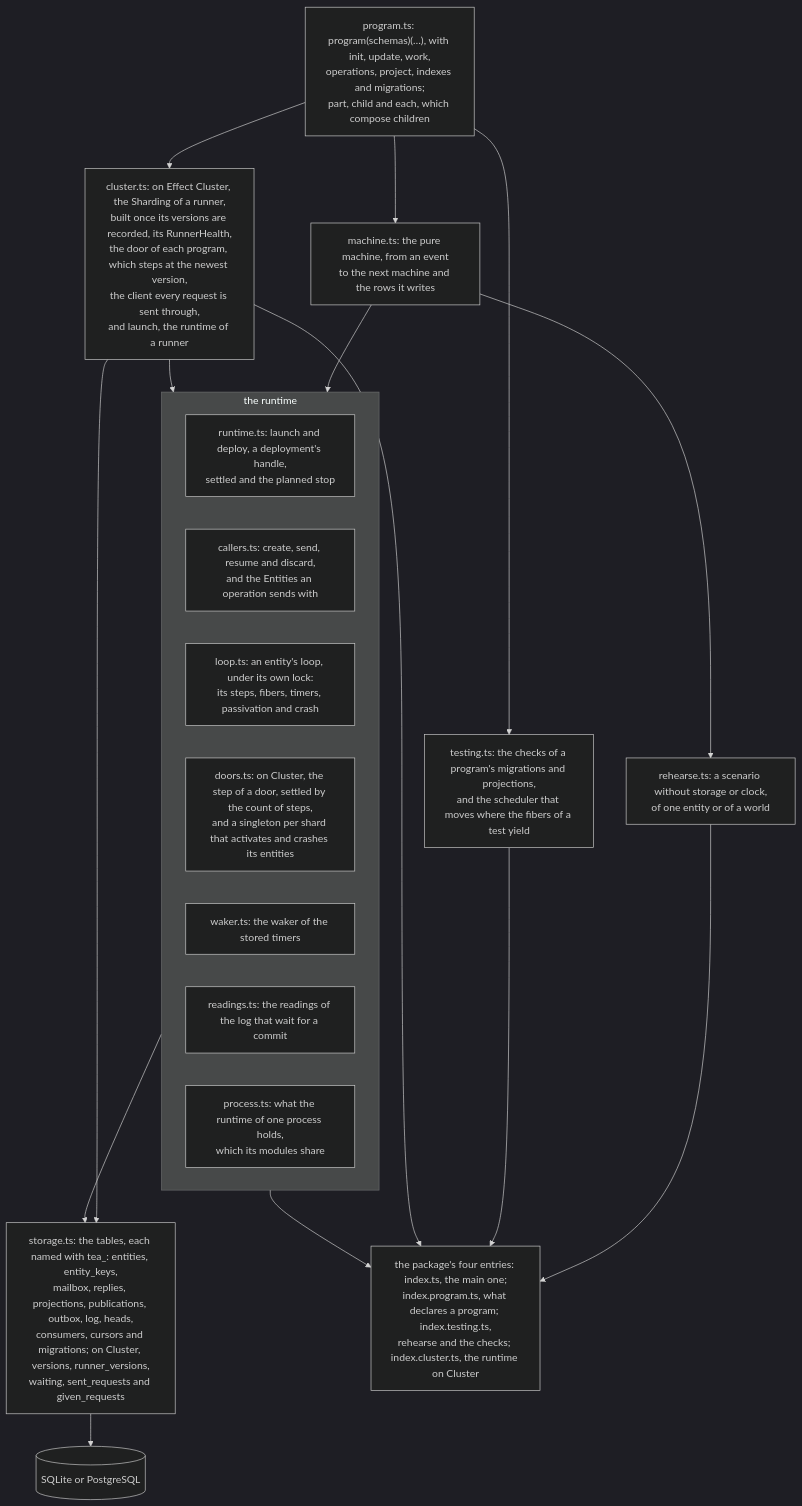
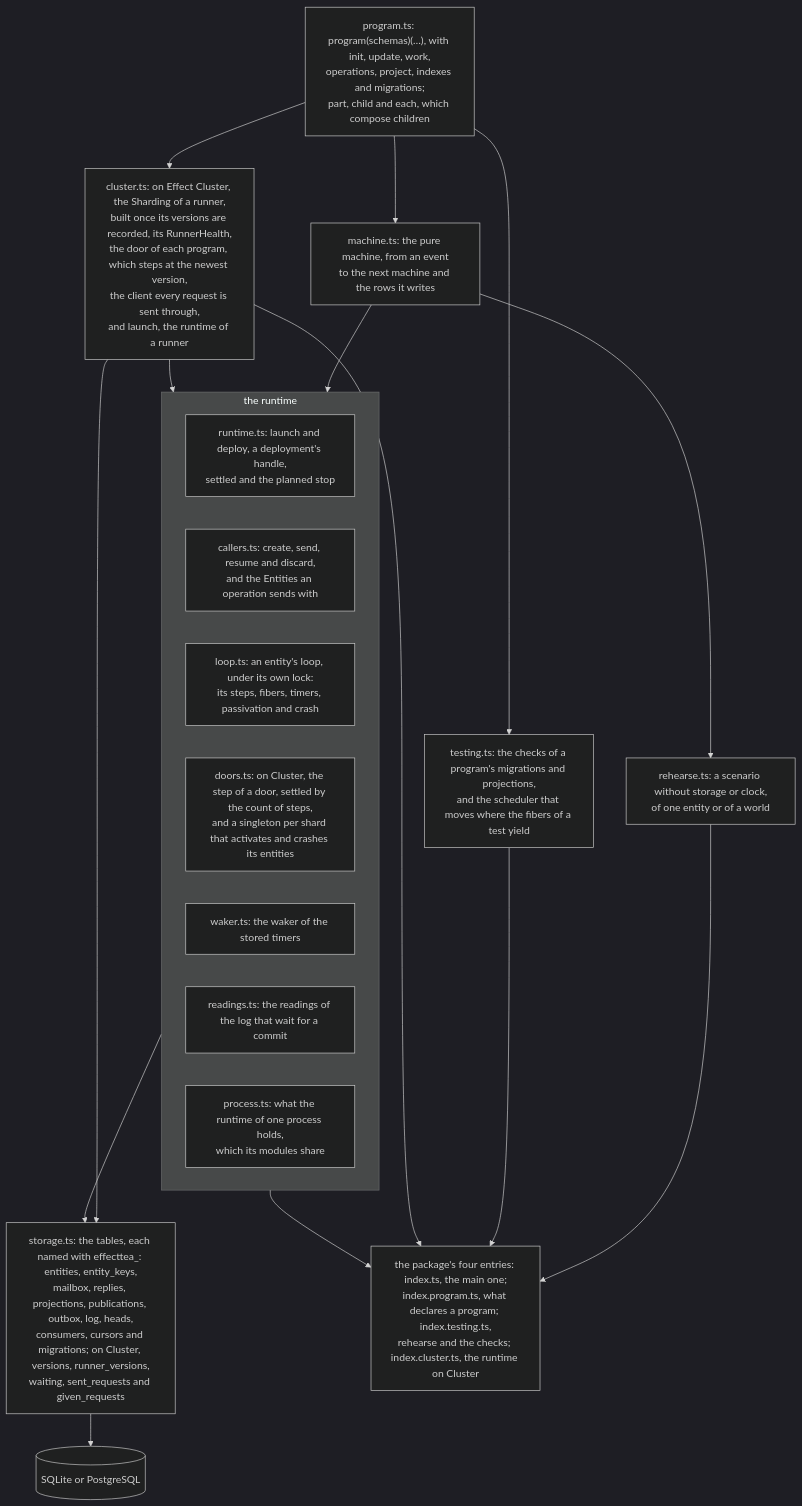
One commit to fgaudo/effect-tea-durable changed the diagram in CONTRIBUTING.md. Above: the diagram before and after it, drawn with Mermaid (dark theme). The commit also changed 21 other files, not shown here.

Commit message:
storage: name the tables with effecttea_, and die on a name taken

````diff
--- a/CONTRIBUTING.md
+++ b/CONTRIBUTING.md
@@ -61,34 +61,34 @@
 ```mermaid
 flowchart TB
   program["program.ts: program(schemas)(…), with init, update, work,<br/>operations, project, indexes and migrations;<br/>part, child and each, which compose children"]
   machine["machine.ts: the pure machine, from an event<br/>to the next machine and the rows it writes"]
   rehearse["rehearse.ts: a scenario without storage or clock,<br/>of one entity or of a world"]
   testing["testing.ts: the checks of a program's migrations and projections,<br/>and the scheduler that moves where the fibers of a test yield"]
   subgraph runtime["the runtime"]
     launch["runtime.ts: launch and deploy, a deployment's handle,<br/>settled and the planned stop"]
     callers["callers.ts: create, send, resume and discard,<br/>and the Entities an operation sends with"]
     loop["loop.ts: an entity's loop, under its own lock:<br/>its steps, fibers, timers, passivation and crash"]
     doors["doors.ts: on Cluster, the step of a door, settled by the count of steps,<br/>and a singleton per shard that activates and crashes its entities"]
     waker["waker.ts: the waker of the stored timers"]
     readings["readings.ts: the readings of the log that wait for a commit"]
     process["process.ts: what the runtime of one process holds,<br/>which its modules share"]
   end
   cluster["cluster.ts: on Effect Cluster, the Sharding of a runner,<br/>built once its versions are recorded, its RunnerHealth,<br/>the door of each program, which steps at the newest version,<br/>the client every request is sent through,<br/>and launch, the runtime of a runner"]
-  storage["storage.ts: the tables, each named with tea_: entities, entity_keys,<br/>mailbox, replies, projections, publications, outbox, log, heads,<br/>consumers, cursors and migrations; on Cluster, versions, runner_versions,<br/>waiting, sent_requests and given_requests"]
+  storage["storage.ts: the tables, each named with effecttea_: entities, entity_keys,<br/>mailbox, replies, projections, publications, outbox, log, heads,<br/>consumers, cursors and migrations; on Cluster, versions, runner_versions,<br/>waiting, sent_requests and given_requests"]
   db[(SQLite or PostgreSQL)]
   entries["the package's four entries: index.ts, the main one;<br/>index.program.ts, what declares a program; index.testing.ts,<br/>rehearse and the checks; index.cluster.ts, the runtime on Cluster"]
 
   program --> machine
   machine --> rehearse
   program --> testing
   machine --> runtime
   program --> cluster
   runtime --> storage
   cluster --> runtime
   cluster --> storage
   storage --> db
   rehearse --> entries
   testing --> entries
   cluster --> entries
   runtime --> entries
 ```
````
